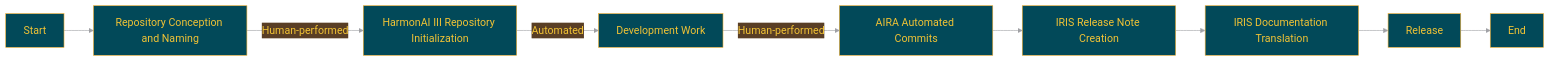
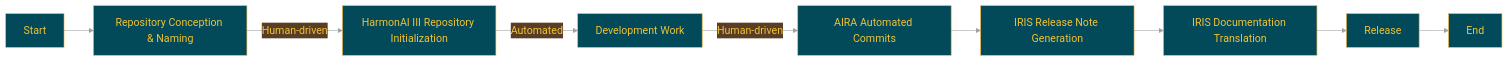
One commit to Sunwood-ai-labs/HarmonAI_III changed the diagram in docs/README.en.md. Above: the diagram before and after it, drawn with Mermaid. The commit also changed other lines of this file, not shown here.

````diff
--- a/docs/README.en.md
+++ b/docs/README.en.md
@@ -125,20 +120,20 @@
 ```mermaid
 %%{init:{'theme':'base','themeVariables':{'primaryColor':'#024959','primaryTextColor':'#F2C335','primaryBorderColor':'#F2AE30','lineColor':'#A1A2A6','secondaryColor':'#593E25','tertiaryColor':'#F2C335','noteTextColor':'#024959','noteBkgColor':'#F2C335','textColor':'#024959','fontSize':'18px'}}}%%
 
 graph LR
-    A[Start] --> B[Repository Conception and Naming]
-    B -->|Human-performed| C[HarmonAI III Repository Initialization]
+    A[Start] --> B[Repository Conception & Naming]
+    B -->|Human-driven| C[HarmonAI III Repository Initialization]
     C -->|Automated| D[Development Work]
-    D -->|Human-performed| E[AIRA Automated Commits]
-    E --> H[IRIS Release Note Creation]
+    D -->|Human-driven| E[AIRA Automated Commits]
+    E --> H[IRIS Release Note Generation]
     H --> I[IRIS Documentation Translation]
     I --> J[Release]
     J --> K[End]
 
     class B,D,G human;
     class E aira;
     class F,H,I iris;
     class C auto;
     class A,J,K process;
 
 ```
````
